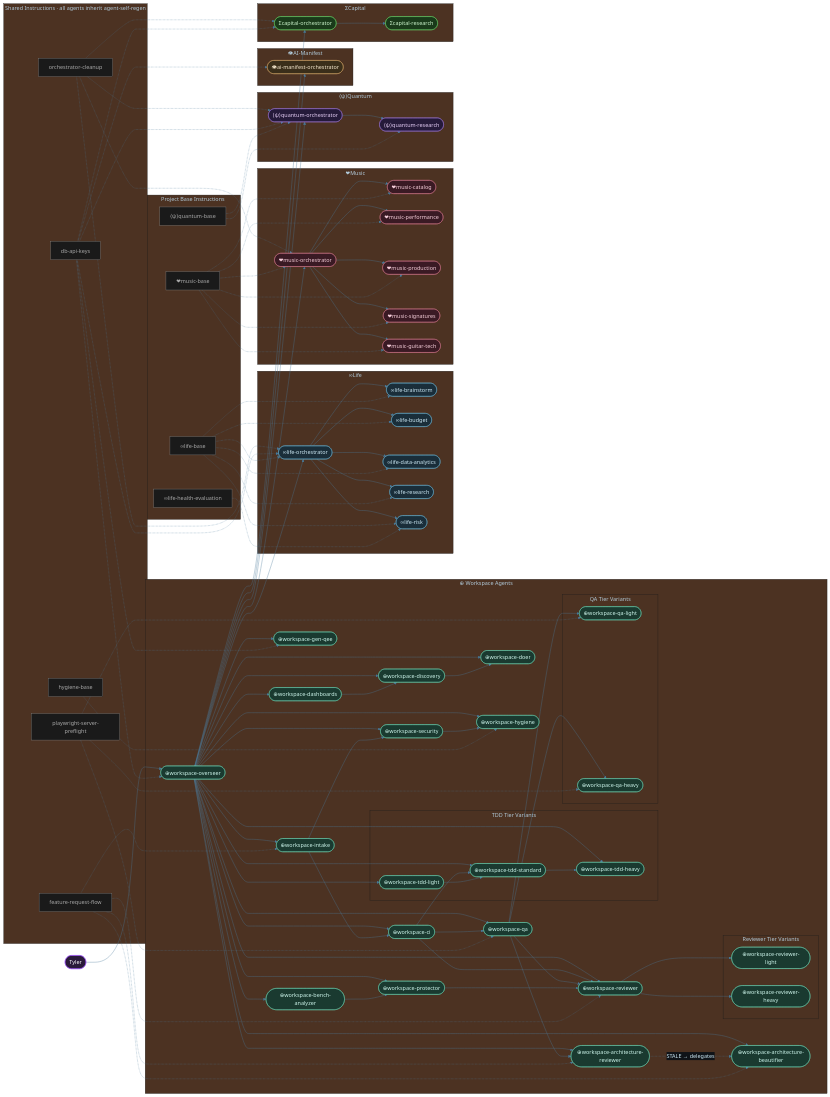
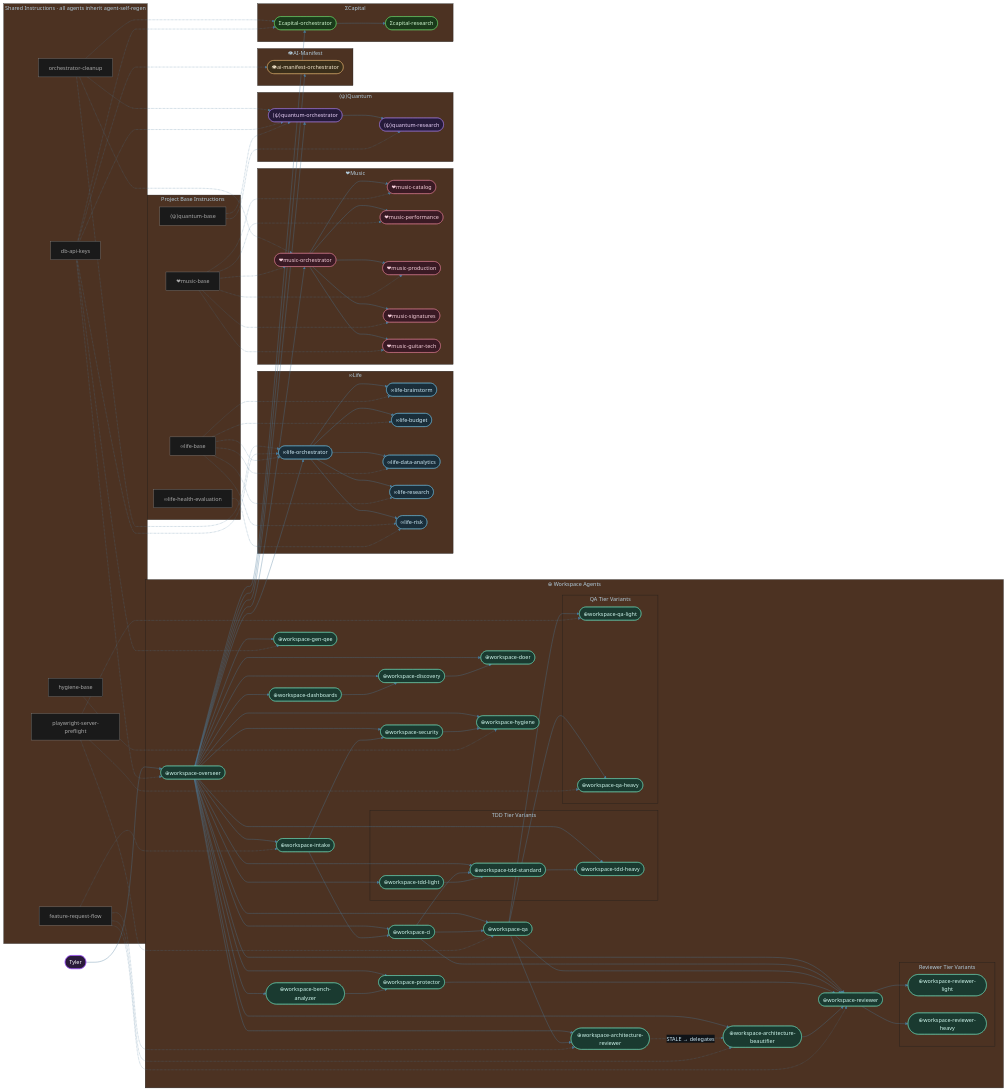
One commit to tylerdrakemusic/-Workspace changed the diagram in diagrams/workspace-agent-topology.mmd. Above: the diagram before and after it, drawn with Mermaid. The commit also changed 10 other files, not shown here.

Commit message:
fix governed Gmail attachment size guards and architecture diagrams

```diff
--- a/diagrams/workspace-agent-topology.mmd
+++ b/diagrams/workspace-agent-topology.mmd
@@ -1,141 +1,143 @@
 %%{init: {'theme': 'base', 'themeVariables': {'primaryColor': '#1a2e3a', 'primaryTextColor': '#d0ecf8', 'edgeLabelBackground': '#0f1318', 'lineColor': '#4a7a9a'}}}%%
+%% Agent inventory contract: every .github/agents/*.agent.md stem is represented below.
 graph LR
     Tyler([Tyler]) --> Overseer
 
     subgraph WS["⊕ Workspace Agents"]
         Overseer(["⊕workspace-overseer"])
         Intake(["⊕workspace-intake"])
         CI(["⊕workspace-ci"])
         Reviewer(["⊕workspace-reviewer"])
         Doer(["⊕workspace-doer"])
         Security(["⊕workspace-security"])
         Hygiene(["⊕workspace-hygiene"])
         ArchRev(["⊕workspace-architecture-reviewer"])
         ArchBeaut(["⊕workspace-architecture-beautifier"])
         GenQEE(["⊕workspace-gen-qee"])
         Discovery(["⊕workspace-discovery"])
         Dashboards(["⊕workspace-dashboards"])
         BenchAnalyzer(["⊕workspace-bench-analyzer"])
         Protector(["⊕workspace-protector"])
         QA(["⊕workspace-qa"])
         subgraph TDD_TIER["TDD Tier Variants"]
             TDDLight(["⊕workspace-tdd-light"])
             TDDStd(["⊕workspace-tdd-standard"])
             TDDHeavy(["⊕workspace-tdd-heavy"])
         end
         subgraph QA_TIER["QA Tier Variants"]
             QALight(["⊕workspace-qa-light"])
             QAHeavy(["⊕workspace-qa-heavy"])
         end
         subgraph REV_TIER["Reviewer Tier Variants"]
             ReviewerLight(["⊕workspace-reviewer-light"])
             ReviewerHeavy(["⊕workspace-reviewer-heavy"])
         end
     end
 
     subgraph LIFE["∞Life"]
         LifeOrch(["∞life-orchestrator"])
         LifeBrainstorm(["∞life-brainstorm"])
         LifeBudget(["∞life-budget"])
         LifeDA(["∞life-data-analytics"])
         LifeResearch(["∞life-research"])
         LifeRisk(["∞life-risk"])
     end
 
     subgraph MUSIC["❤Music"]
         MusicOrch(["❤music-orchestrator"])
         MusicCatalog(["❤music-catalog"])
         MusicPerf(["❤music-performance"])
         MusicProd(["❤music-production"])
         MusicSig(["❤music-signatures"])
         MusicGuitarTech(["❤music-guitar-tech"])
     end
 
     subgraph QUANTUM["⟨ψ⟩Quantum"]
         QuantumOrch(["⟨ψ⟩quantum-orchestrator"])
         QuantumResearch(["⟨ψ⟩quantum-research"])
     end
 
     subgraph MANIFEST["👁AI-Manifest"]
         ManifestOrch(["👁ai-manifest-orchestrator"])
     end
 
     subgraph CAPITAL["ΣCapital"]
         CapitalOrch(["Σcapital-orchestrator"])
         CapitalResearch(["Σcapital-research"])
     end
 
     subgraph INSTR["Shared Instructions · all agents inherit agent-self-regen"]
         FRFlow["feature-request-flow"]
         HygBase["hygiene-base"]
         OrcClean["orchestrator-cleanup"]
         DbKeys["db-api-keys"]
         PlayPreflight["playwright-server-preflight"]
     end
 
     subgraph PINSTR["Project Base Instructions"]
         LifeBase["∞life-base"]
         HealthEval["∞life-health-evaluation"]
         MusicBase["❤music-base"]
         QuantumBase["⟨ψ⟩quantum-base"]
     end
 
     %% ── Overseer routing ──
     Overseer --> Intake & CI & Reviewer & Doer & Security
     Overseer --> Hygiene & ArchRev & ArchBeaut & GenQEE & Discovery
     Overseer --> Dashboards & BenchAnalyzer & Protector & QA
     Overseer --> LifeOrch & MusicOrch & QuantumOrch & ManifestOrch & CapitalOrch
     Overseer --> TDDLight & TDDStd & TDDHeavy
     Intake --> CI & Security
     CI --> TDDStd & QA & Reviewer
     Security --> Hygiene
     QA --> Reviewer & ArchRev
     Dashboards --> Discovery
     Discovery --> Doer
     BenchAnalyzer --> Protector
     Protector --> Reviewer
     TDDLight --> TDDStd
     TDDStd --> TDDHeavy
     ArchRev -.->|STALE → delegates| ArchBeaut
+    ArchBeaut --> Reviewer
     QA --> QALight & QAHeavy
     Reviewer --> ReviewerLight & ReviewerHeavy
 
     %% ── Project routing ──
     LifeOrch --> LifeBrainstorm & LifeBudget & LifeDA & LifeResearch & LifeRisk
     MusicOrch --> MusicCatalog & MusicPerf & MusicProd & MusicSig & MusicGuitarTech
     QuantumOrch --> QuantumResearch
     CapitalOrch --> CapitalResearch
 
     %% ── Instruction inheritance (dashed) ──
     FRFlow -.-> Intake & Reviewer & ArchRev & ArchBeaut
     HygBase -.-> Hygiene
     OrcClean -.-> LifeOrch & MusicOrch & QuantumOrch & CapitalOrch
     DbKeys -.-> Overseer & GenQEE & LifeOrch & QuantumOrch & ManifestOrch & CapitalOrch
     PlayPreflight -.-> QA & QALight & QAHeavy
 
     LifeBase -.-> LifeOrch & LifeBrainstorm & LifeBudget & LifeDA & LifeResearch & LifeRisk
     HealthEval -.-> LifeRisk
     MusicBase -.-> MusicOrch & MusicCatalog & MusicPerf & MusicProd & MusicSig & MusicGuitarTech
     QuantumBase -.-> QuantumOrch & QuantumResearch
 
     %% ── Class assignments ──
     class Overseer,Intake,CI,Reviewer,Doer,Security,Hygiene,ArchRev,ArchBeaut ws
     class GenQEE,Discovery,Dashboards,BenchAnalyzer,Protector,QA ws
     class TDDLight,TDDStd,TDDHeavy,QALight,QAHeavy,ReviewerLight,ReviewerHeavy ws
     class LifeOrch,LifeBrainstorm,LifeBudget,LifeDA,LifeResearch,LifeRisk life
     class MusicOrch,MusicCatalog,MusicPerf,MusicProd,MusicSig,MusicGuitarTech music
     class QuantumOrch,QuantumResearch quantum
     class ManifestOrch manifest
     class CapitalOrch capital
     class CapitalResearch capital
     class FRFlow,HygBase,OrcClean,DbKeys,PlayPreflight,LifeBase,HealthEval,MusicBase,QuantumBase instr
     class Tyler tyler
 
 classDef life     fill:#1a2e3a,stroke:#6ab4d4,color:#d0ecf8
 classDef music    fill:#3a1a24,stroke:#d47a8f,color:#f8d0dc
 classDef quantum  fill:#251a3a,stroke:#a07adf,color:#e8d0f8
 classDef manifest fill:#3a2e1a,stroke:#d4a96a,color:#f8ead0
 classDef capital  fill:#1a3a1a,stroke:#6ad46a,color:#d0f8d0
 classDef ws       fill:#1a3a30,stroke:#6ad4b4,color:#d0f8ee
 classDef tyler    fill:#2a1a3a,stroke:#9e4aff,color:#fff
 classDef instr    fill:#1a1a1a,stroke:#888,color:#aaa
```
